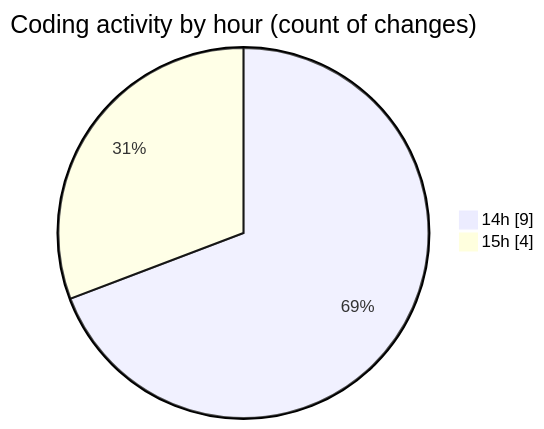
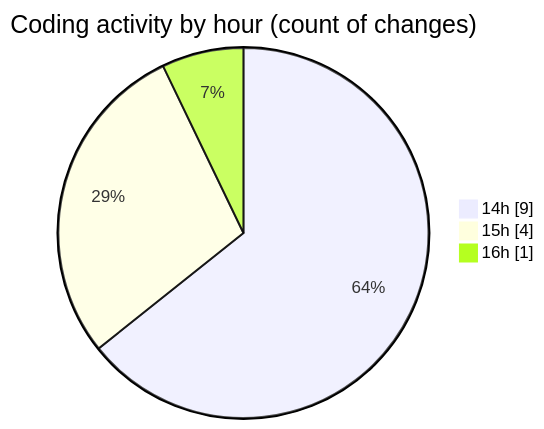
The second of 2 diagrams in 2025-05-28/kimberly-groups/README.md (JenPaints/code-tracking), drawn with Mermaid before and after one commit. The commit also changed other lines of this file and 1 other file, not shown here.

````diff
--- a/2025-05-28/kimberly-groups/README.md
+++ b/2025-05-28/kimberly-groups/README.md
@@ -32,6 +32,7 @@
 ```mermaid
 pie showData
 title Coding activity by hour (count of changes)
 "14h" : 9
 "15h" : 4
+"16h" : 1
 ```
````
